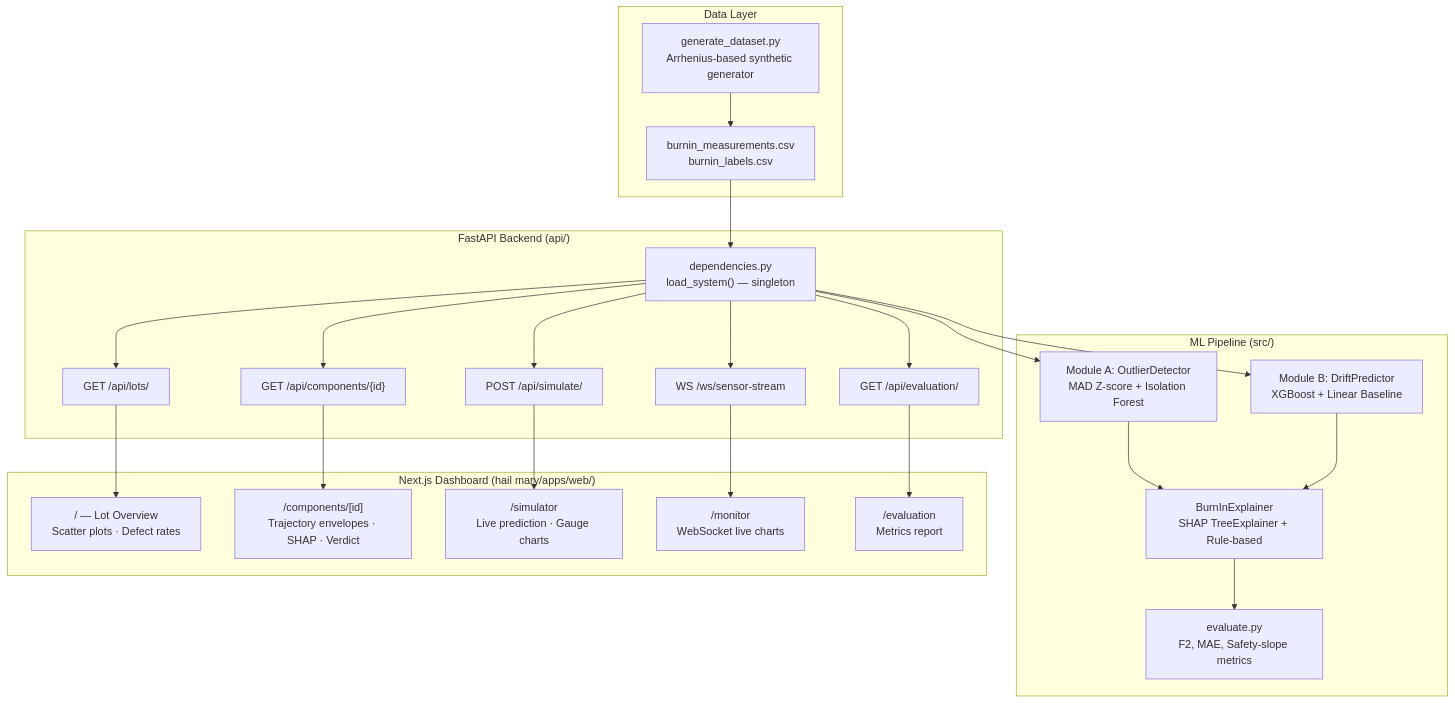
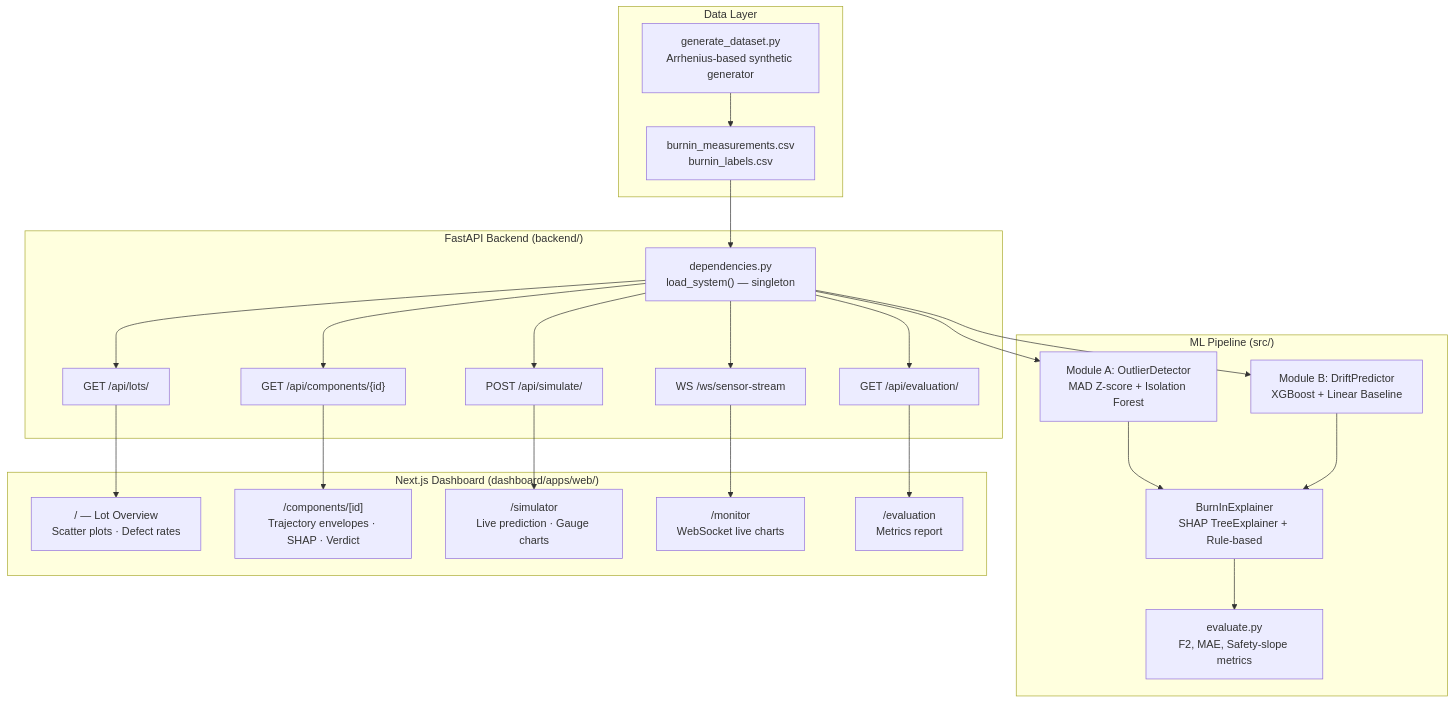
One commit to Prem-333/Hail-Mary changed the first of 2 diagrams in README.md. Above: the diagram before and after it, drawn with Mermaid. The commit also changed other lines of this file, not shown here.

````diff
--- a/README.md
+++ b/README.md
@@ -78,43 +78,43 @@
 ```mermaid
 flowchart TD
     subgraph DataLayer["Data Layer"]
         CSV["burnin_measurements.csv\nburnin_labels.csv"]
         GEN["generate_dataset.py\nArrhenius-based synthetic generator"]
     end
 
     subgraph MLPipeline["ML Pipeline (src/)"]
         MA["Module A: OutlierDetector\nMAD Z-score + Isolation Forest"]
         MB["Module B: DriftPredictor\nXGBoost + Linear Baseline"]
         EX["BurnInExplainer\nSHAP TreeExplainer + Rule-based"]
         EV["evaluate.py\nF2, MAE, Safety-slope metrics"]
     end
 
-    subgraph Backend["FastAPI Backend (api/)"]
+    subgraph Backend["FastAPI Backend (backend/)"]
         DEP["dependencies.py\nload_system() — singleton"]
         R1["GET /api/lots/"]
         R2["GET /api/components/{id}"]
         R3["POST /api/simulate/"]
         R4["GET /api/evaluation/"]
         WS["WS /ws/sensor-stream"]
     end
 
-    subgraph Frontend["Next.js Dashboard (hail mary/apps/web/)"]
+    subgraph Frontend["Next.js Dashboard (dashboard/apps/web/)"]
         P1["/ — Lot Overview\nScatter plots · Defect rates"]
         P2["/components/[id]\nTrajectory envelopes · SHAP · Verdict"]
         P3["/simulator\nLive prediction · Gauge charts"]
         P4["/monitor\nWebSocket live charts"]
         P5["/evaluation\nMetrics report"]
     end
 
     GEN --> CSV
     CSV --> DEP
     DEP --> MA --> EX
     DEP --> MB --> EX
     EX --> EV
     DEP --> R1 & R2 & R3 & R4 & WS
     R1 --> P1
     R2 --> P2
     R3 --> P3
     WS --> P4
     R4 --> P5
 ```
````
